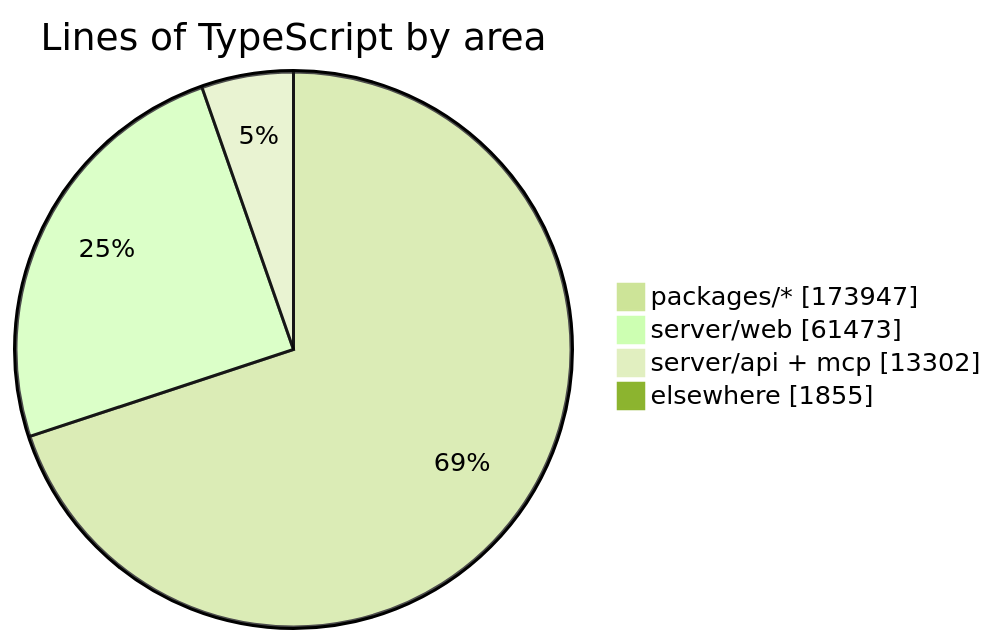
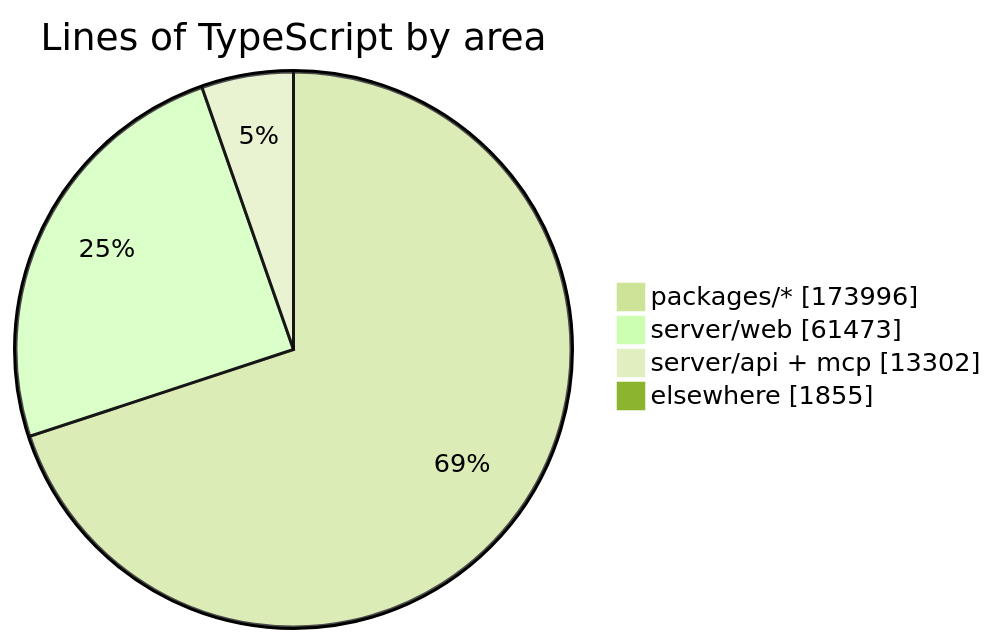
Before and after one commit to crossworks-engineering/mantle: the diagram in README.md, drawn with Mermaid (forest theme). The commit also changed other lines of this file and 2 other files, not shown here.

````diff
--- a/README.md
+++ b/README.md
@@ -279,7 +279,7 @@
 ```mermaid
 pie showData title Lines of TypeScript by area
-    "packages/*" : 173947
+    "packages/*" : 173996
     "server/web" : 61473
     "server/api + mcp" : 13302
     "elsewhere" : 1855
 ```
````
